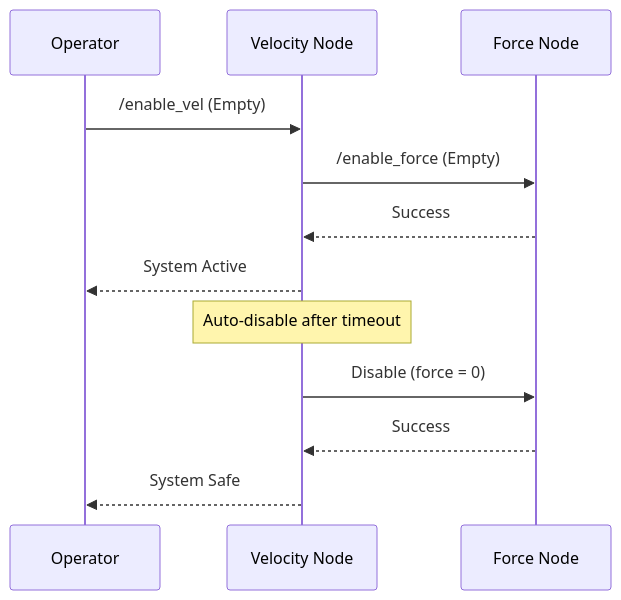
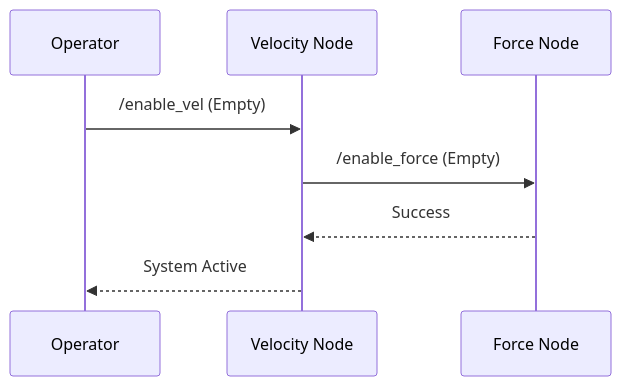
One commit to DynoRobotics/dyno_ros2_courses changed the third of 4 diagrams in docs/session1/module1-intro.md. Above: the diagram before and after it, drawn with Mermaid. The commit also changed other lines of this file and 112 other files, not shown here.

````diff
--- a/docs/session1/module1-intro.md
+++ b/docs/session1/module1-intro.md
@@ -167,16 +167,11 @@
 ```mermaid
 sequenceDiagram
     participant OP as Operator
     participant VEL as Velocity Node
     participant FORCE as Force Node
 
     OP->>VEL: /enable_vel (Empty)
     VEL->>FORCE: /enable_force (Empty)
     FORCE-->>VEL: Success
     VEL-->>OP: System Active
-
-    Note over VEL: Auto-disable after timeout
-    VEL->>FORCE: Disable (force = 0)
-    FORCE-->>VEL: Success
-    VEL-->>OP: System Safe
 ```
````
